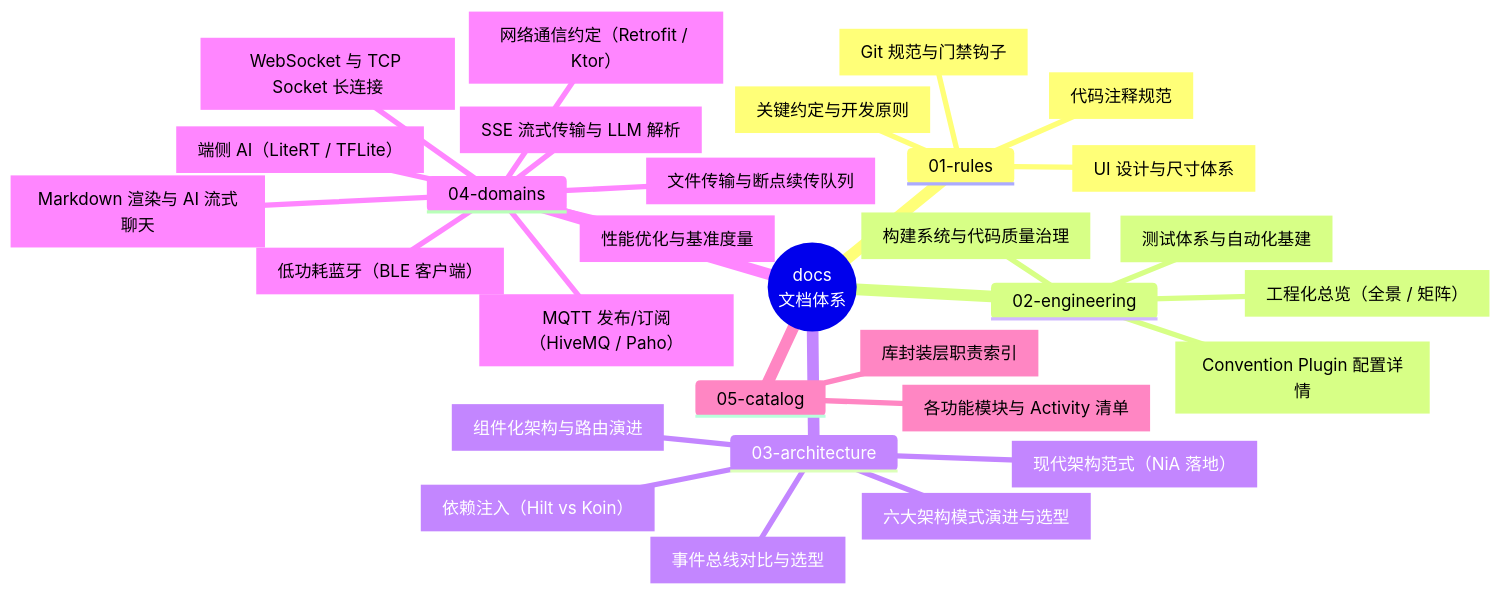
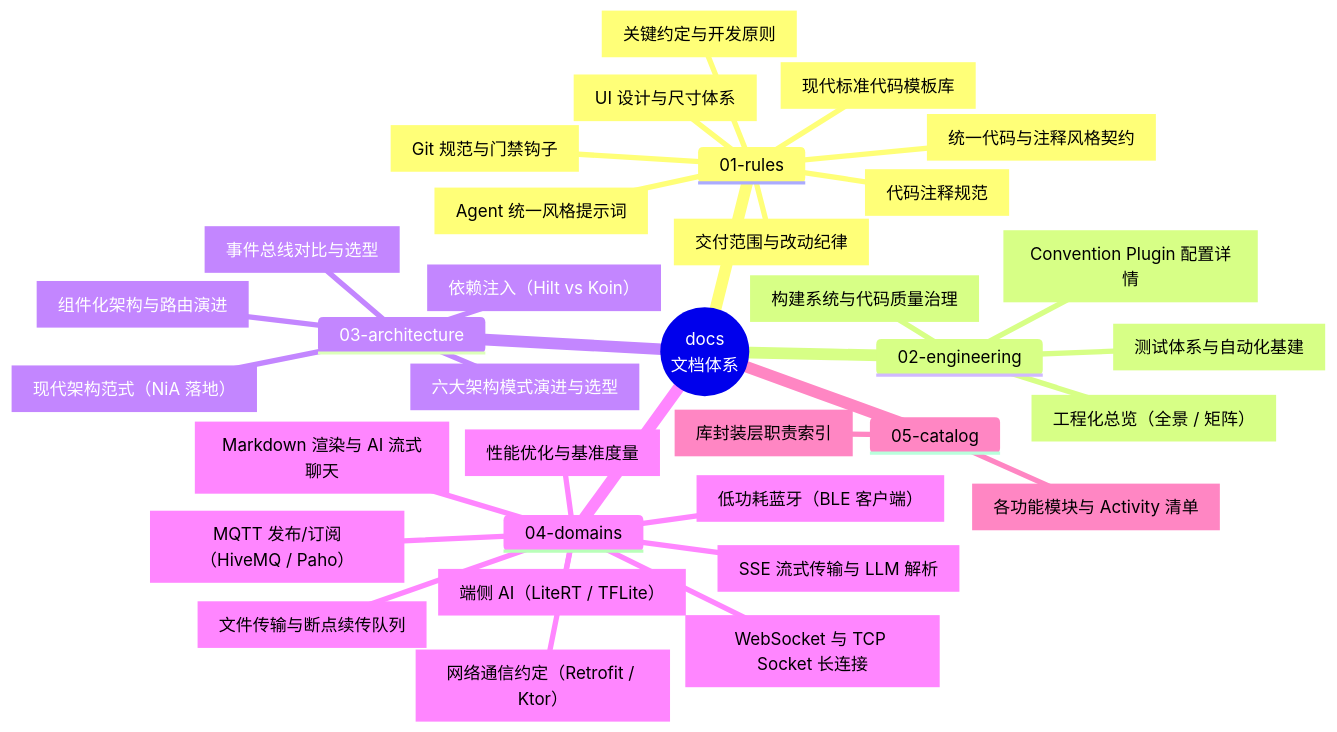
Before and after one commit to wuwei94/MyApplication: the diagram in docs/README.md, drawn with Mermaid. The commit also changed other lines of this file and 12 other files, not shown here.

````diff
--- a/docs/README.md
+++ b/docs/README.md
@@ -24,33 +25,37 @@
 ```mermaid
 mindmap
   root((docs<br/>文档体系))
     01-rules
+      STYLE.md["统一代码与注释风格契约"]
       conventions.md["关键约定与开发原则"]
+      scope.md["交付范围与改动纪律"]
       comments.md["代码注释规范"]
+      templates.md["现代标准代码模板库"]
+      agent-style-prompt.md["Agent 统一风格提示词"]
       design.md["UI 设计与尺寸体系"]
       git.md["Git 规范与门禁钩子"]
     02-engineering
       engineering.md["工程化总览（全景 / 矩阵）"]
       engineering-build.md["构建系统与代码质量治理"]
       build-logic.md["Convention Plugin 配置详情"]
       testing.md["测试体系与自动化基建"]
     03-architecture
       architecture.md["六大架构模式演进与选型"]
       modularization.md["组件化架构与路由演进"]
       engineering-patterns.md["现代架构范式（NiA 落地）"]
       di.md["依赖注入（Hilt vs Koin）"]
       event.md["事件总线对比与选型"]
     04-domains
       network.md["网络通信约定（Retrofit / Ktor）"]
       transfer.md["文件传输与断点续传队列"]
       socket.md["WebSocket 与 TCP Socket 长连接"]
       sse.md["SSE 流式传输与 LLM 解析"]
       mqtt.md["MQTT 发布/订阅（HiveMQ / Paho）"]
       bluetooth.md["低功耗蓝牙（BLE 客户端）"]
       markdown.md["Markdown 渲染与 AI 流式聊天"]
       ml.md["端侧 AI（LiteRT / TFLite）"]
       performance.md["性能优化与基准度量"]
     05-catalog
       modules.md["各功能模块与 Activity 清单"]
       libs.md["库封装层职责索引"]
 ```
````
